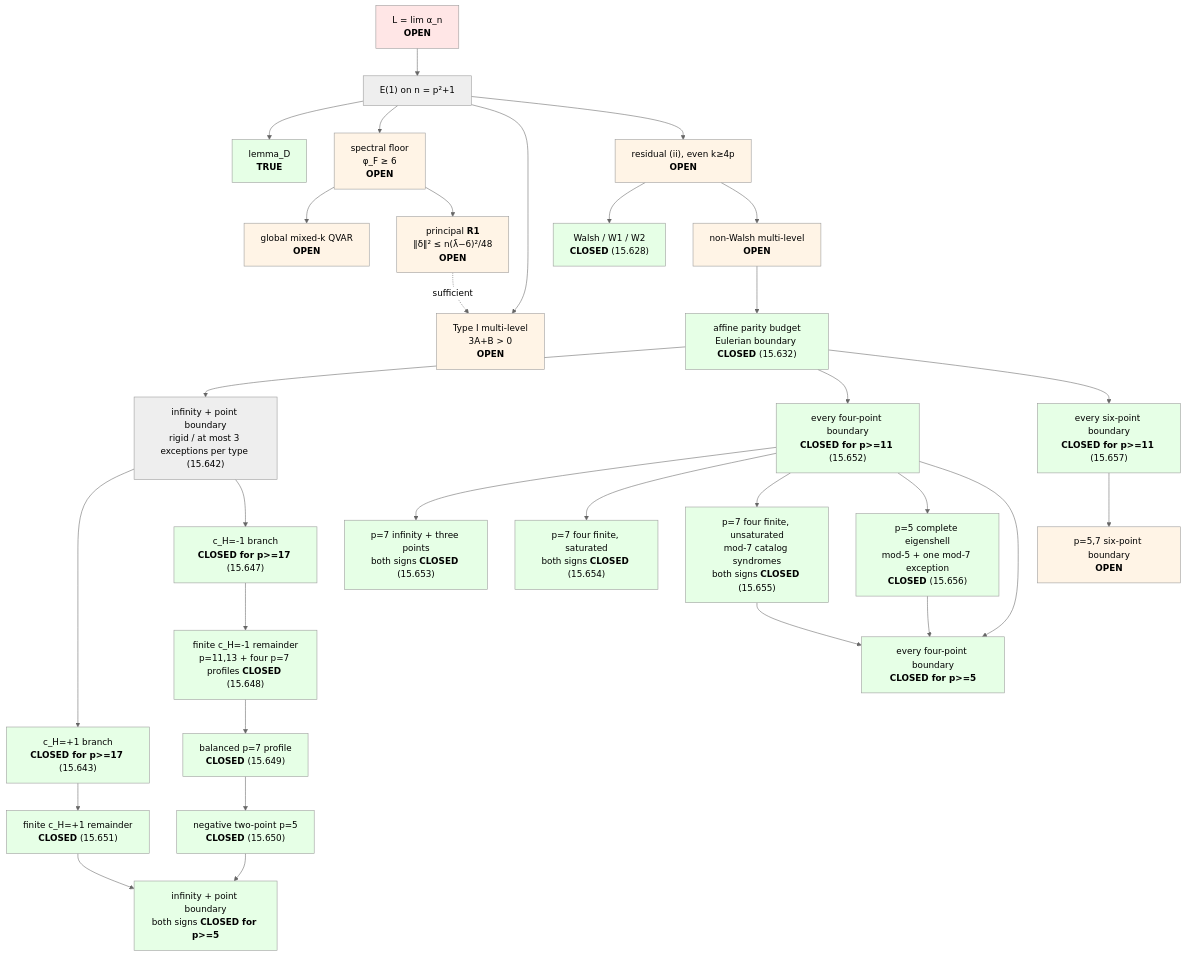
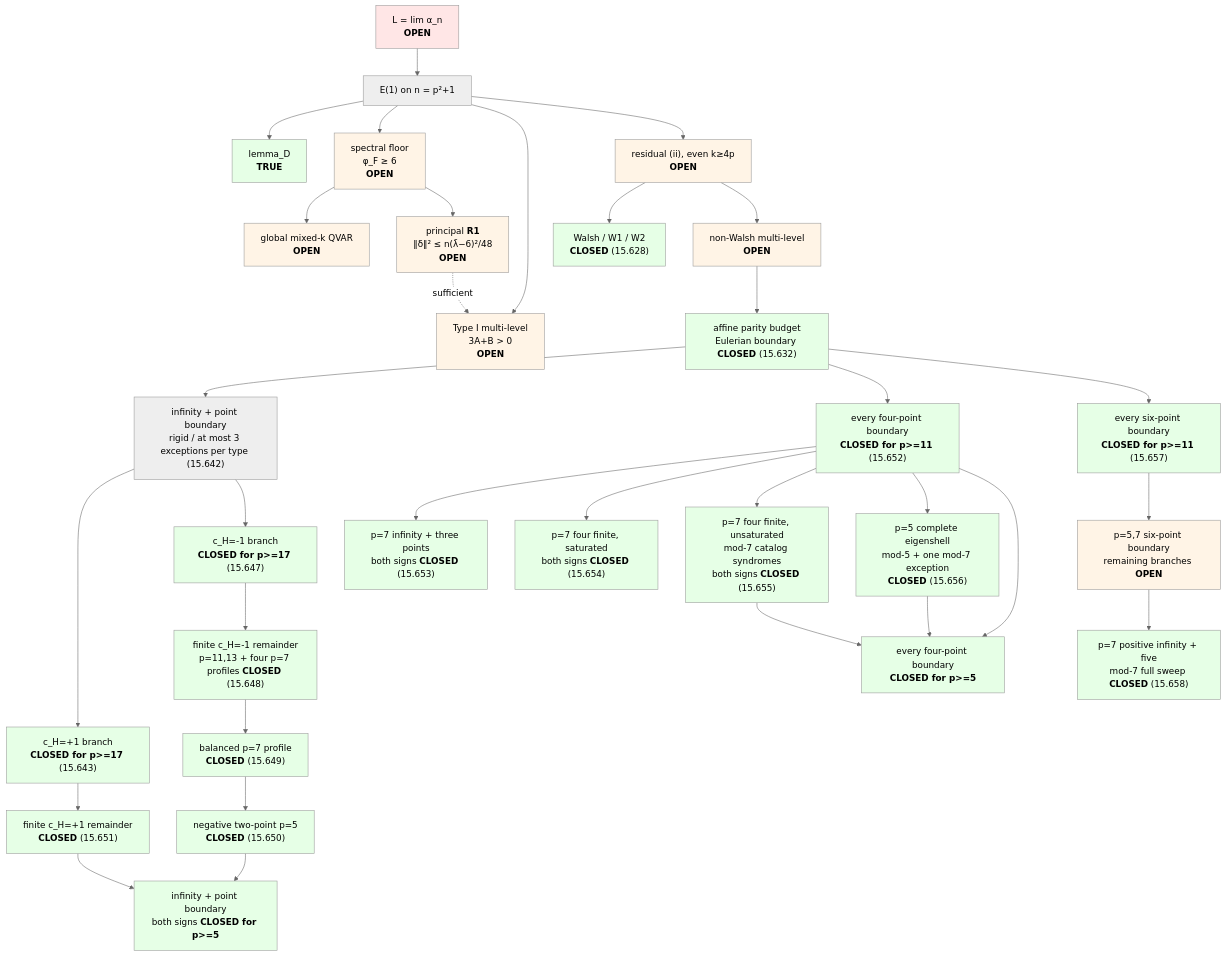
Before and after one commit to luckyseoul/quadratic-minmax-limit: the diagram in README.md, drawn with Mermaid (neutral theme). The commit also changed other lines of this file and 8 other files, not shown here.

Commit message:
Exclude positive p7 infinity size-six boundaries

````diff
--- a/README.md
+++ b/README.md
@@ -141,58 +148,60 @@
 ```mermaid
 graph TD
     L["L = lim α_n<br/><b>OPEN</b>"] --> E1["E(1) on n = p²+1"]
     E1 --> D["lemma_D<br/><b>TRUE</b>"]
     E1 --> FLOOR["spectral floor<br/>φ_F ≥ 6<br/><b>OPEN</b>"]
     FLOOR --> QVAR["global mixed-k QVAR<br/><b>OPEN</b>"]
     FLOOR --> R1["principal <b>R1</b><br/>‖δ‖² ≤ n(λ̄−6)²/48<br/><b>OPEN</b>"]
     E1 --> TYPEI["Type I multi-level<br/>3A+B > 0<br/><b>OPEN</b>"]
     R1 -. sufficient .-> TYPEI
     E1 --> RES["residual (ii), even k≥4p<br/><b>OPEN</b>"]
     RES --> WALSH["Walsh / W1 / W2<br/><b>CLOSED</b> (15.628)"]
     RES --> MULTI["non-Walsh multi-level<br/><b>OPEN</b>"]
     MULTI --> BUDGET["affine parity budget<br/>Eulerian boundary <b>CLOSED</b> (15.632)"]
     BUDGET --> RIGID["infinity + point boundary<br/>rigid / at most 3 exceptions per type (15.642)"]
     RIGID --> POSKILL["c_H=+1 branch<br/><b>CLOSED for p>=17</b> (15.643)"]
     POSKILL --> POSFINITE["finite c_H=+1 remainder<br/><b>CLOSED</b> (15.651)"]
     RIGID --> NEGKILL["c_H=-1 branch<br/><b>CLOSED for p>=17</b> (15.647)"]
     NEGKILL --> NEGFINITE["finite c_H=-1 remainder<br/>p=11,13 + four p=7 profiles <b>CLOSED</b> (15.648)"]
     NEGFINITE --> P7BAL["balanced p=7 profile<br/><b>CLOSED</b> (15.649)"]
     P7BAL --> P5NEG["negative two-point p=5<br/><b>CLOSED</b> (15.650)"]
     POSFINITE --> TWOPT["infinity + point boundary<br/>both signs <b>CLOSED for p>=5</b>"]
     P5NEG --> TWOPT
     BUDGET --> FOUR["every four-point boundary<br/><b>CLOSED for p>=11</b> (15.652)"]
     FOUR --> P7INF["p=7 infinity + three points<br/>both signs <b>CLOSED</b> (15.653)"]
     FOUR --> P7SAT["p=7 four finite, saturated<br/>both signs <b>CLOSED</b> (15.654)"]
     FOUR --> P7MOD["p=7 four finite, unsaturated<br/>mod-7 catalog syndromes<br/>both signs <b>CLOSED</b> (15.655)"]
     FOUR --> P5FULL["p=5 complete eigenshell<br/>mod-5 + one mod-7 exception<br/><b>CLOSED</b> (15.656)"]
     FOUR --> ALL4["every four-point boundary<br/><b>CLOSED for p>=5</b>"]
     P7MOD --> ALL4
     P5FULL --> ALL4
     BUDGET --> SIX["every six-point boundary<br/><b>CLOSED for p>=11</b> (15.657)"]
-    SIX --> P57SIX["p=5,7 six-point boundary<br/><b>OPEN</b>"]
+    SIX --> P57SIX["p=5,7 six-point boundary<br/>remaining branches <b>OPEN</b>"]
+    P57SIX --> P7POSINF["p=7 positive infinity + five<br/>mod-7 full sweep <b>CLOSED</b> (15.658)"]
     style L fill:#ffe6e6
     style D fill:#e6ffe6
     style FLOOR fill:#fff4e6
     style QVAR fill:#fff4e6
     style R1 fill:#fff4e6
     style TYPEI fill:#fff4e6
     style RES fill:#fff4e6
     style WALSH fill:#e6ffe6
     style MULTI fill:#fff4e6
     style BUDGET fill:#e6ffe6
     style SIX fill:#e6ffe6
     style P57SIX fill:#fff4e6
+    style P7POSINF fill:#e6ffe6
     style P7BAL fill:#e6ffe6
     style P5NEG fill:#e6ffe6
     style POSFINITE fill:#e6ffe6
     style FOUR fill:#e6ffe6
     style P7INF fill:#e6ffe6
     style P7SAT fill:#e6ffe6
     style P7MOD fill:#e6ffe6
     style P5FULL fill:#e6ffe6
     style ALL4 fill:#e6ffe6
     style TWOPT fill:#e6ffe6
     style POSKILL fill:#e6ffe6
     style NEGKILL fill:#e6ffe6
     style NEGFINITE fill:#e6ffe6
 ```
````
